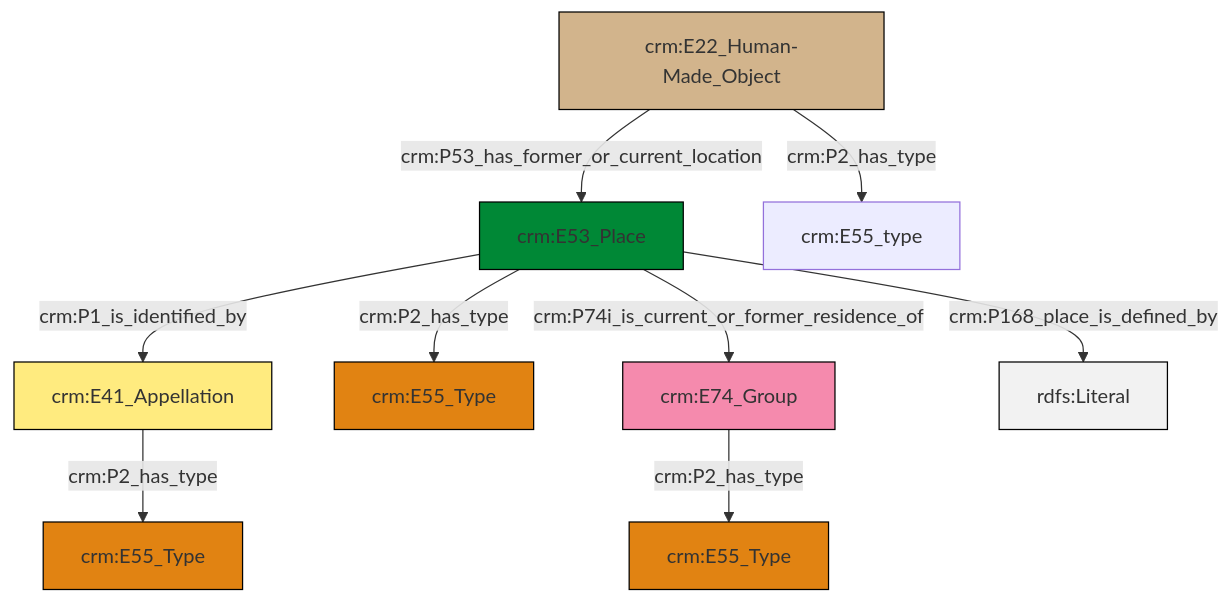
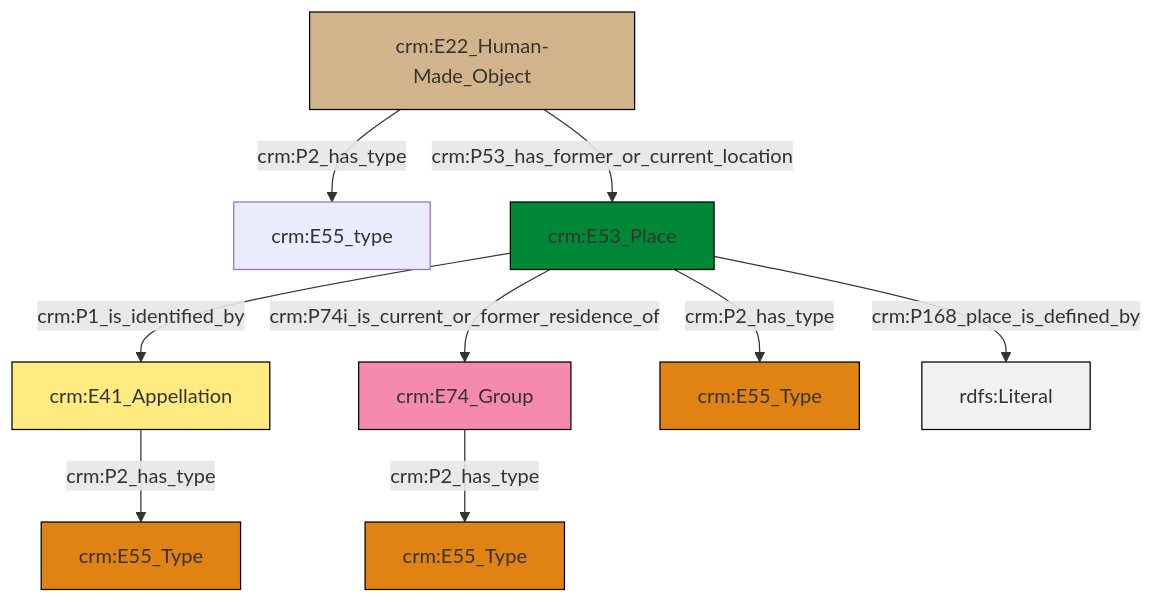
The diagram in et/artworkCSV/ttl/mmd/Artwork_Location.ttl.mmd (swiss-art-research-net/docs.swissartresearch), drawn with Mermaid before and after one commit. The commit also changed 173 other files, not shown here.

```diff
--- a/et/artworkCSV/ttl/mmd/Artwork_Location.ttl.mmd
+++ b/et/artworkCSV/ttl/mmd/Artwork_Location.ttl.mmd
@@ -1,23 +1,23 @@
 graph TD
 classDef Literal fill:#f2f2f2,stroke:#000000;
 classDef CRM_Entity fill:#FFFFFF,stroke:#000000;
 classDef Temporal_Entity fill:#00C9E6, stroke:#000000;
 classDef Type fill:#E18312, stroke:#000000;
 classDef Time-Span fill:#2C9C91, stroke:#000000;
 classDef Appellation fill:#FFEB7F, stroke:#000000;
 classDef Place fill:#008836, stroke:#000000;
 classDef Persistent_Item fill:#B266B2, stroke:#000000;
 classDef Conceptual_Object fill:#FFD700, stroke:#000000;
 classDef Physical_Thing fill:#D2B48C, stroke:#000000;
 classDef Actor fill:#f58aad, stroke:#000000;
 classDef PC_Classes fill:#4ce600, stroke:#000000;
 classDef Multi fill:#cccccc,stroke:#000000;
 
-0["crm:E53_Place"]:::Place -->|crm:P1_is_identified_by| 1["crm:E41_Appellation"]:::Appellation
-1["crm:E41_Appellation"]:::Appellation -->|crm:P2_has_type| 4["crm:E55_Type"]:::Type
-6["crm:E22_Human-Made_Object"]:::Physical_Thing -->|crm:P53_has_former_or_current_location| 0["crm:E53_Place"]:::Place
-6["crm:E22_Human-Made_Object"]:::Physical_Thing -->|crm:P2_has_type| 7["crm:E55_type"]:::Default
-0["crm:E53_Place"]:::Place -->|crm:P2_has_type| 2["crm:E55_Type"]:::Type
-11["crm:E74_Group"]:::Actor -->|crm:P2_has_type| 9["crm:E55_Type"]:::Type
-0["crm:E53_Place"]:::Place -->|crm:P74i_is_current_or_former_residence_of| 11["crm:E74_Group"]:::Actor
-0["crm:E53_Place"]:::Place -->|crm:P168_place_is_defined_by| 19[rdfs:Literal]:::Literal
+2["crm:E53_Place"]:::Place -->|crm:P1_is_identified_by| 3["crm:E41_Appellation"]:::Appellation
+7["crm:E22_Human-Made_Object"]:::Physical_Thing -->|crm:P2_has_type| 0["crm:E55_type"]:::Default
+3["crm:E41_Appellation"]:::Appellation -->|crm:P2_has_type| 4["crm:E55_Type"]:::Type
+8["crm:E74_Group"]:::Actor -->|crm:P2_has_type| 9["crm:E55_Type"]:::Type
+7["crm:E22_Human-Made_Object"]:::Physical_Thing -->|crm:P53_has_former_or_current_location| 2["crm:E53_Place"]:::Place
+2["crm:E53_Place"]:::Place -->|crm:P74i_is_current_or_former_residence_of| 8["crm:E74_Group"]:::Actor
+2["crm:E53_Place"]:::Place -->|crm:P2_has_type| 12["crm:E55_Type"]:::Type
+2["crm:E53_Place"]:::Place -->|crm:P168_place_is_defined_by| 16[rdfs:Literal]:::Literal
```
